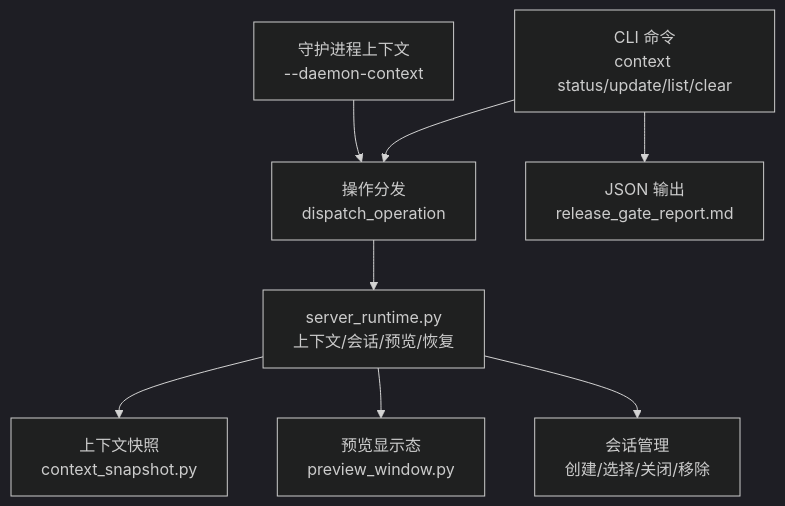
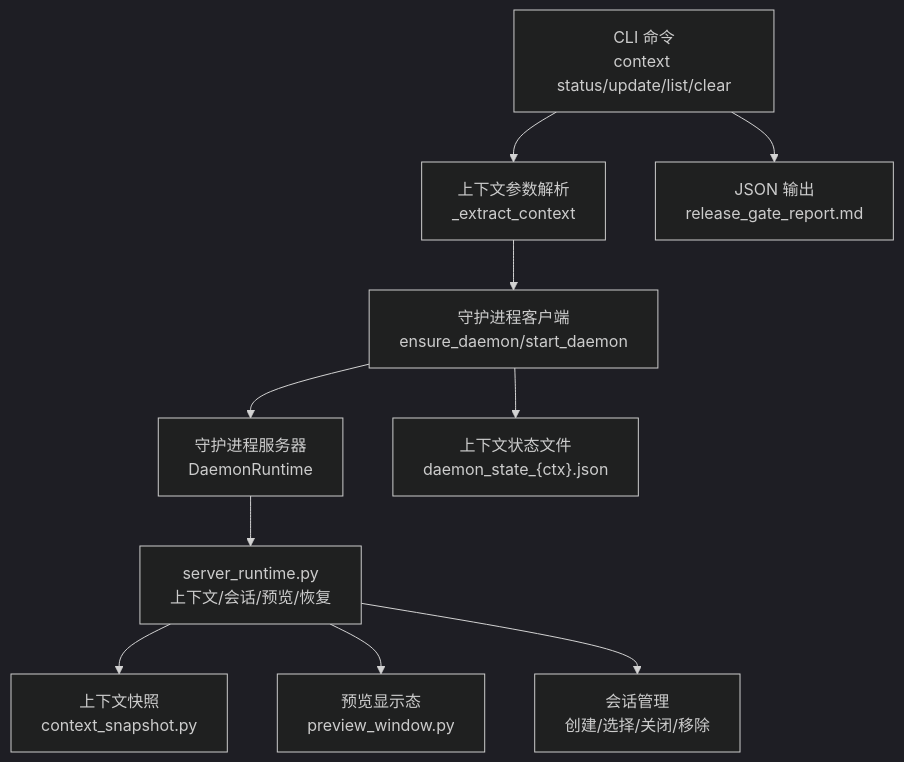
Before and after one commit to haolange/RDC-Tool: the second of 10 diagrams in .qoder/repowiki/zh/content/核心概念/会话模型.md, drawn with Mermaid (dark theme). The commit also changed other lines of this file and 8 other files, not shown here.

````diff
--- a/.qoder/repowiki/zh/content/核心概念/会话模型.md
+++ b/.qoder/repowiki/zh/content/核心概念/会话模型.md
@@ -99,10 +124,12 @@
 ```mermaid
 graph TB
-CLI["CLI 命令<br/>context status/update/list/clear"] --> OP["操作分发<br/>dispatch_operation"]
-OP --> SR["server_runtime.py<br/>上下文/会话/预览/恢复"]
+CLI["CLI 命令<br/>context status/update/list/clear"] --> PARSE["上下文参数解析<br/>_extract_context"]
+PARSE --> DC["守护进程客户端<br/>ensure_daemon/start_daemon"]
+DC --> DS["守护进程服务器<br/>DaemonRuntime"]
+DS --> SR["server_runtime.py<br/>上下文/会话/预览/恢复"]
 SR --> SNAP["上下文快照<br/>context_snapshot.py"]
 SR --> PREV["预览显示态<br/>preview_window.py"]
 SR --> SESS["会话管理<br/>创建/选择/关闭/移除"]
 CLI --> OUT["JSON 输出<br/>release_gate_report.md"]
-DC["守护进程上下文<br/>--daemon-context <id>"] --> OP
+DC --> STATE["上下文状态文件<br/>daemon_state_{ctx}.json"]
 ```
````
